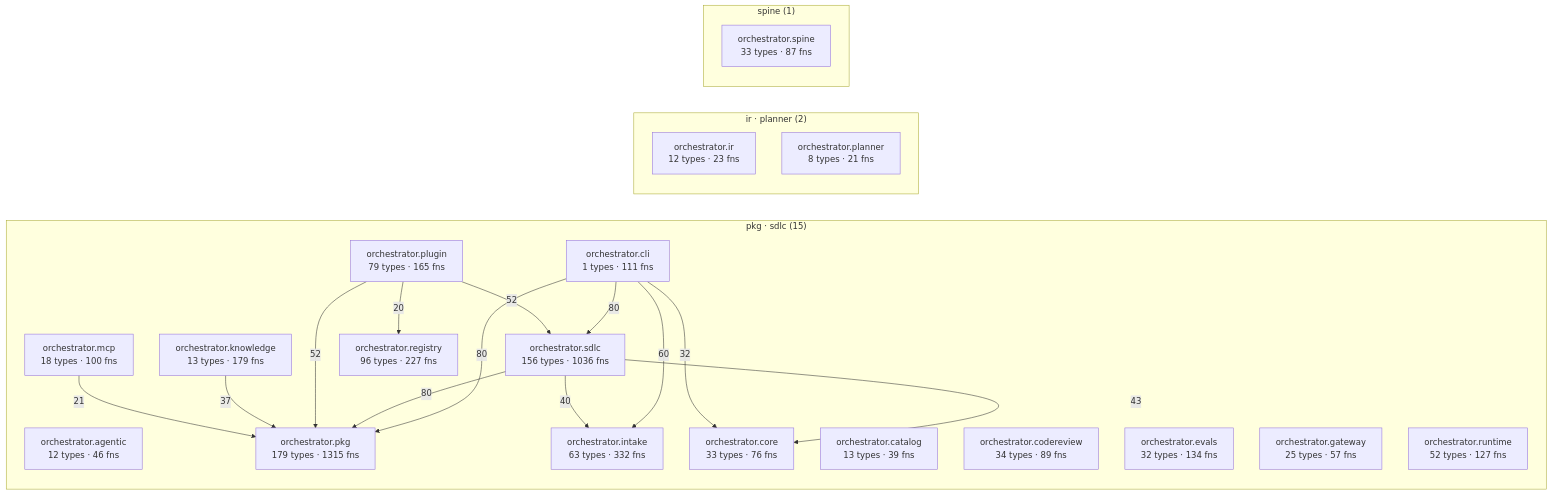
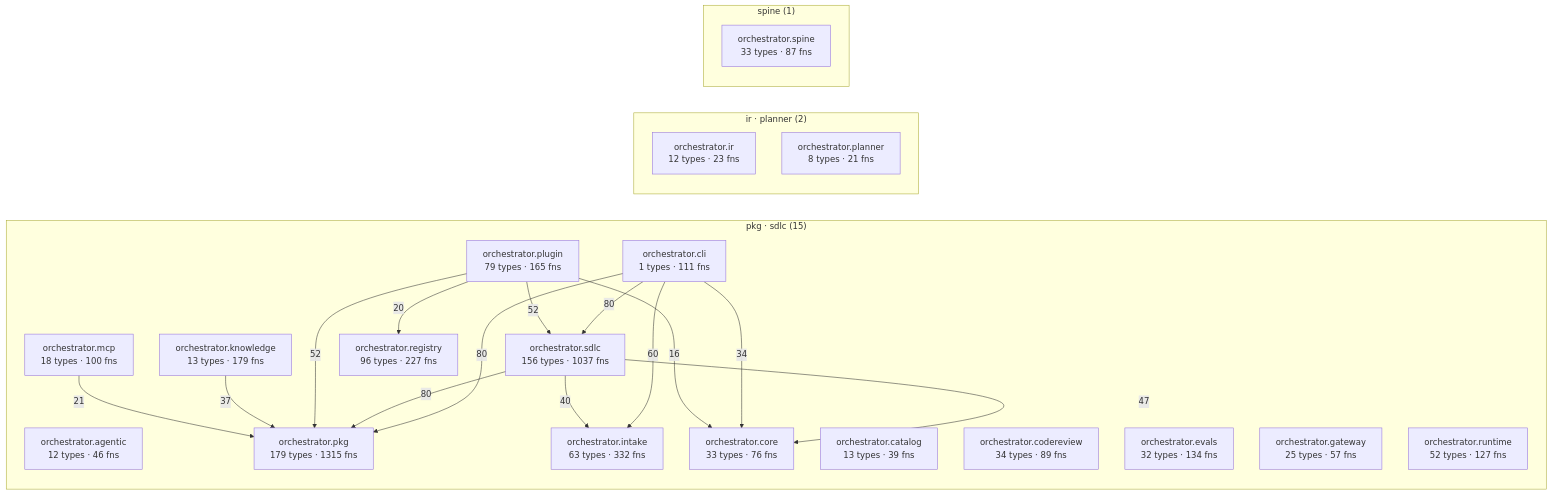
The diagram in episteme/architecture.md (synaptixs/spine), drawn with Mermaid before and after one commit. The commit also changed other lines of this file and 20 other files, not shown here.

````diff
--- a/episteme/architecture.md
+++ b/episteme/architecture.md
@@ -56,39 +56,40 @@
 ```mermaid
 flowchart LR
   subgraph c_2["pkg · sdlc (15)"]
     aorchestratoragentic["orchestrator.agentic<br/>12 types · 46 fns"]
     aorchestratorcatalog["orchestrator.catalog<br/>13 types · 39 fns"]
     aorchestratorcli["orchestrator.cli<br/>1 types · 111 fns"]
     aorchestratorcodereview["orchestrator.codereview<br/>34 types · 89 fns"]
     aorchestratorcore["orchestrator.core<br/>33 types · 76 fns"]
     aorchestratorevals["orchestrator.evals<br/>32 types · 134 fns"]
     aorchestratorgateway["orchestrator.gateway<br/>25 types · 57 fns"]
     aorchestratorintake["orchestrator.intake<br/>63 types · 332 fns"]
     aorchestratorknowledge["orchestrator.knowledge<br/>13 types · 179 fns"]
     aorchestratormcp["orchestrator.mcp<br/>18 types · 100 fns"]
     aorchestratorpkg["orchestrator.pkg<br/>179 types · 1315 fns"]
     aorchestratorplugin["orchestrator.plugin<br/>79 types · 165 fns"]
     aorchestratorregistry["orchestrator.registry<br/>96 types · 227 fns"]
     aorchestratorruntime["orchestrator.runtime<br/>52 types · 127 fns"]
-    aorchestratorsdlc["orchestrator.sdlc<br/>156 types · 1036 fns"]
+    aorchestratorsdlc["orchestrator.sdlc<br/>156 types · 1037 fns"]
   end
   subgraph c_5["ir · planner (2)"]
     aorchestratorir["orchestrator.ir<br/>12 types · 23 fns"]
     aorchestratorplanner["orchestrator.planner<br/>8 types · 21 fns"]
   end
   subgraph c_10["spine (1)"]
     aorchestratorspine["orchestrator.spine<br/>33 types · 87 fns"]
   end
   aorchestratorcli -->|80| aorchestratorpkg
   aorchestratorcli -->|80| aorchestratorsdlc
   aorchestratorsdlc -->|80| aorchestratorpkg
   aorchestratorcli -->|60| aorchestratorintake
   aorchestratorplugin -->|52| aorchestratorpkg
   aorchestratorplugin -->|52| aorchestratorsdlc
-  aorchestratorsdlc -->|43| aorchestratorcore
+  aorchestratorsdlc -->|47| aorchestratorcore
   aorchestratorsdlc -->|40| aorchestratorintake
   aorchestratorknowledge -->|37| aorchestratorpkg
-  aorchestratorcli -->|32| aorchestratorcore
+  aorchestratorcli -->|34| aorchestratorcore
   aorchestratormcp -->|21| aorchestratorpkg
   aorchestratorplugin -->|20| aorchestratorregistry
+  aorchestratorplugin -->|16| aorchestratorcore
 ```
````
